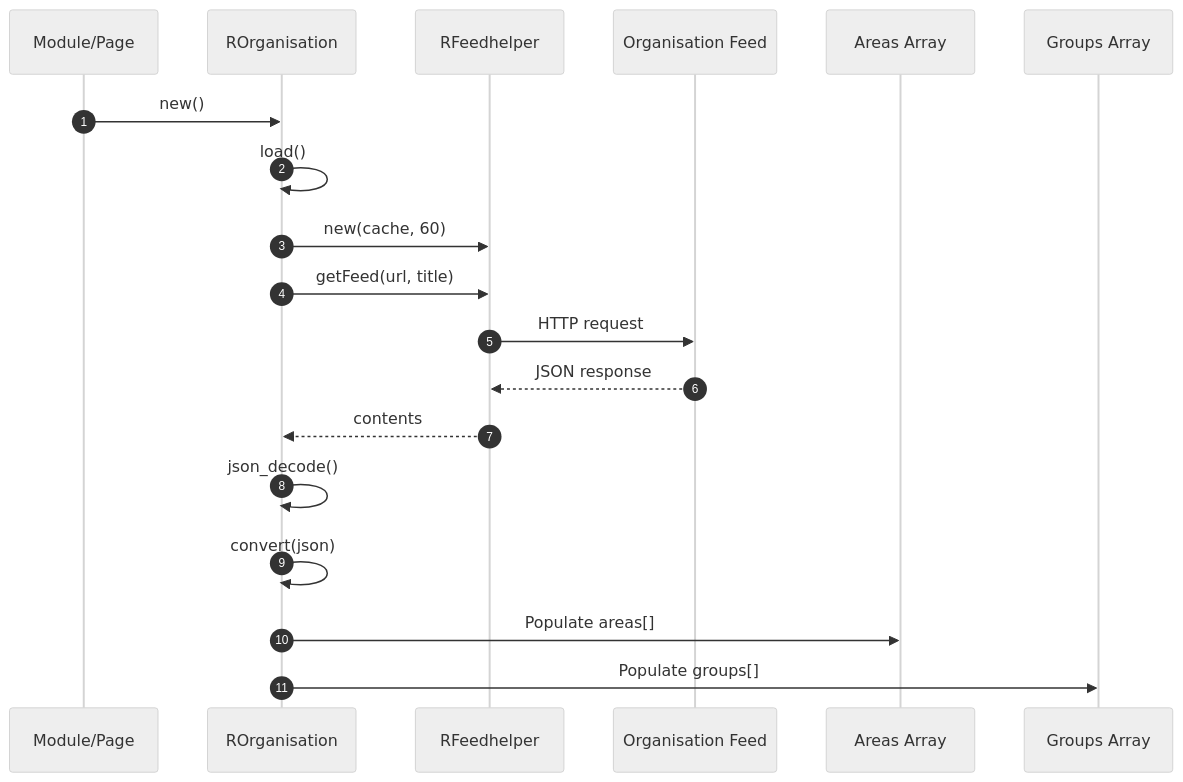
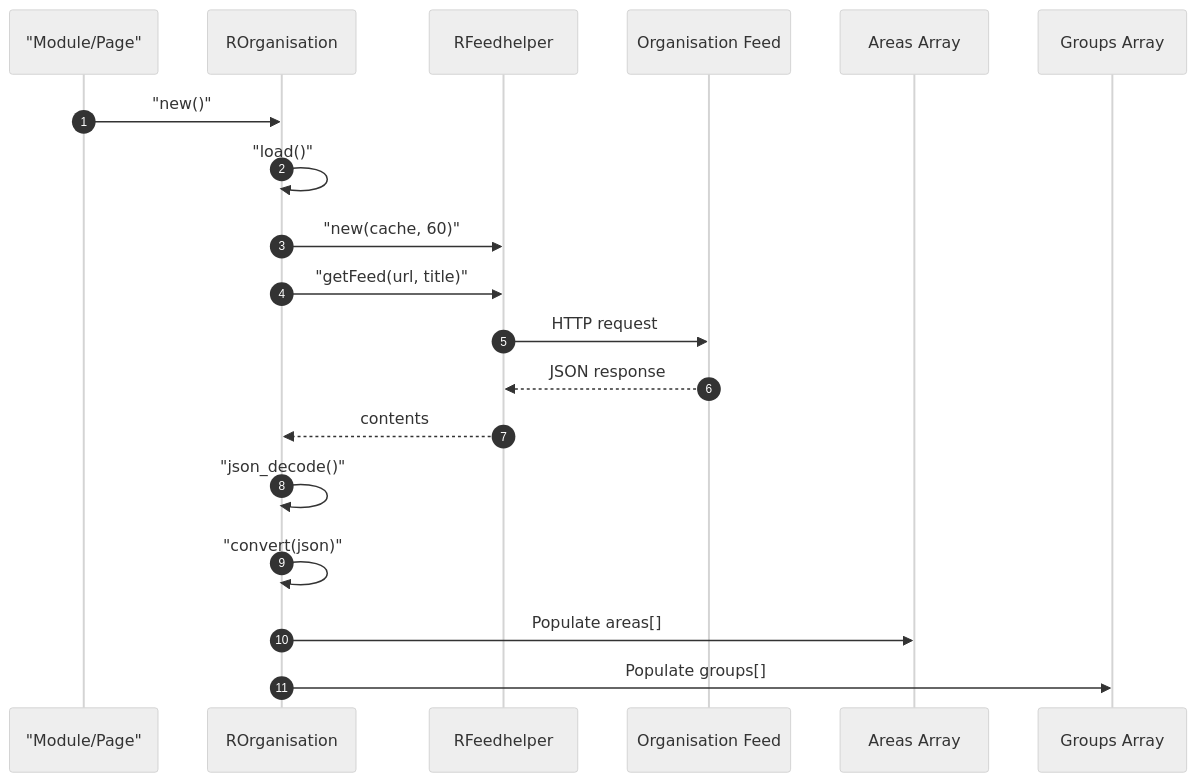
Before and after one commit to pauljrhodes/ramblers-library: the second of 3 diagrams in organisation/HLD.md, drawn with Mermaid (neutral theme). The commit also changed other lines of this file and 33 other files, not shown here.

Commit message:
Normalize Mermaid diagrams for GitHub rendering

````diff
--- a/organisation/HLD.md
+++ b/organisation/HLD.md
@@ -114,22 +114,22 @@
 ```mermaid
 sequenceDiagram
     autonumber
-    participant Caller as Module/Page
+    participant Caller as "Module/Page"
     participant ROrganisation as ROrganisation
     participant FeedHelper as RFeedhelper
     participant OrgFeed as Organisation Feed
     participant Areas as Areas Array
     participant Groups as Groups Array
 
-    Caller->>ROrganisation: new()
-    ROrganisation->>ROrganisation: load()
-    ROrganisation->>FeedHelper: new(cache, 60)
-    ROrganisation->>FeedHelper: getFeed(url, title)
+    Caller->>ROrganisation: "new()"
+    ROrganisation->>ROrganisation: "load()"
+    ROrganisation->>FeedHelper: "new(cache, 60)"
+    ROrganisation->>FeedHelper: "getFeed(url, title)"
     FeedHelper->>OrgFeed: HTTP request
     OrgFeed-->>FeedHelper: JSON response
     FeedHelper-->>ROrganisation: contents
-    ROrganisation->>ROrganisation: json_decode()
-    ROrganisation->>ROrganisation: convert(json)
+    ROrganisation->>ROrganisation: "json_decode()"
+    ROrganisation->>ROrganisation: "convert(json)"
     ROrganisation->>Areas: Populate areas[]
     ROrganisation->>Groups: Populate groups[]
 ```
````
